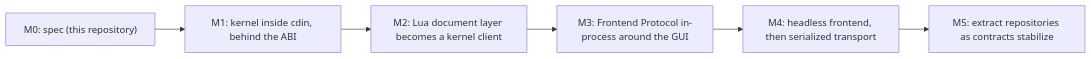
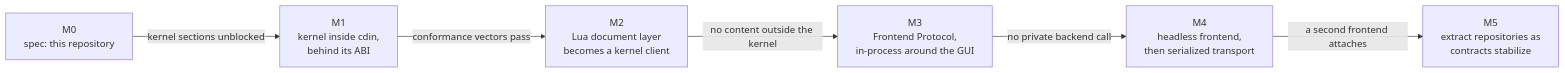
Before and after one commit to cdin-editor/spec: the diagram in docs/architecture/migration.md, drawn with Mermaid. The commit also changed other lines of this file and 9 other files, not shown here.

Commit message:
docs(architecture): specify boundaries, ABI, protocol, concurrency, lifecycle and migration

````diff
--- a/docs/architecture/migration.md
+++ b/docs/architecture/migration.md
@@ -42,10 +42,14 @@
 ```mermaid
 flowchart LR
-    M0["M0: spec (this repository)"]
-    M1["M1: kernel inside cdin, behind the ABI"]
-    M2["M2: Lua document layer becomes a kernel client"]
-    M3["M3: Frontend Protocol in-process around the GUI"]
-    M4["M4: headless frontend, then serialized transport"]
-    M5["M5: extract repositories as contracts stabilize"]
-    M0 --> M1 --> M2 --> M3 --> M4 --> M5
+    M0["M0<br/>spec: this repository"]
+    M1["M1<br/>kernel inside cdin,<br/>behind its ABI"]
+    M2["M2<br/>Lua document layer<br/>becomes a kernel client"]
+    M3["M3<br/>Frontend Protocol,<br/>in-process around the GUI"]
+    M4["M4<br/>headless frontend,<br/>then serialized transport"]
+    M5["M5<br/>extract repositories as<br/>contracts stabilize"]
+    M0 -- "kernel sections unblocked" --> M1
+    M1 -- "conformance vectors pass" --> M2
+    M2 -- "no content outside the kernel" --> M3
+    M3 -- "no private backend call" --> M4
+    M4 -- "a second frontend attaches" --> M5
 ```
````
